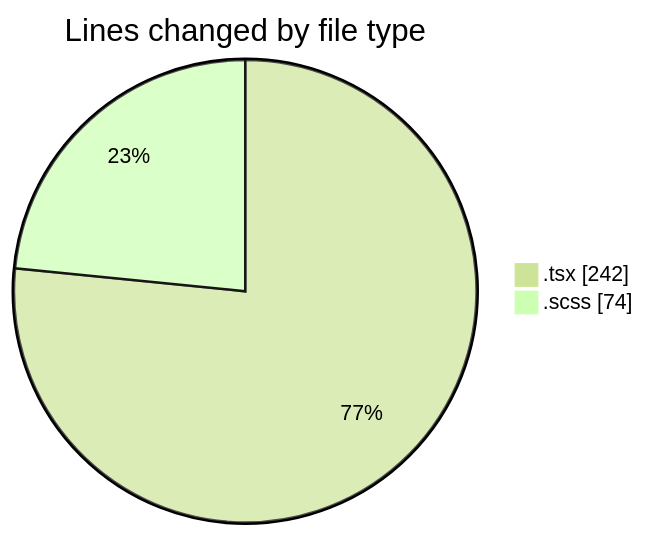
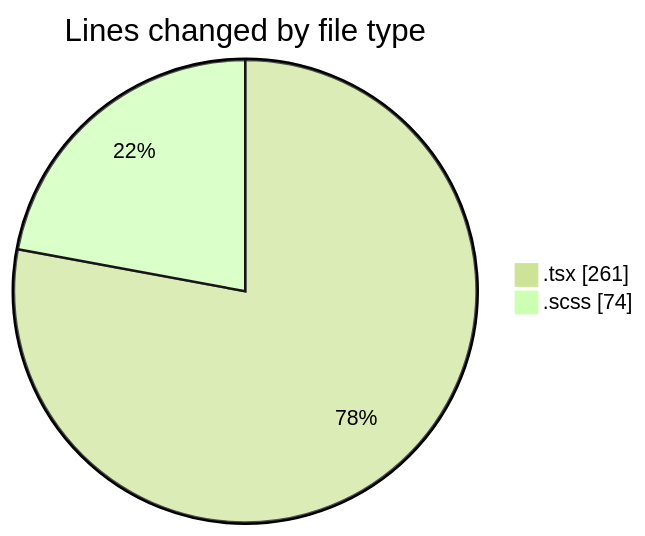
Before and after one commit to momahboobian/code-tracking: the first of 2 diagrams in 2025-12-09/cda/README.md, drawn with Mermaid (forest theme). The commit also changed other lines of this file and 1 other file, not shown here.

````diff
--- a/2025-12-09/cda/README.md
+++ b/2025-12-09/cda/README.md
@@ -22,6 +22,6 @@
 ```mermaid
 pie showData
 title Lines changed by file type
-".tsx" : 242
+".tsx" : 261
 ".scss" : 74
 ```
````
